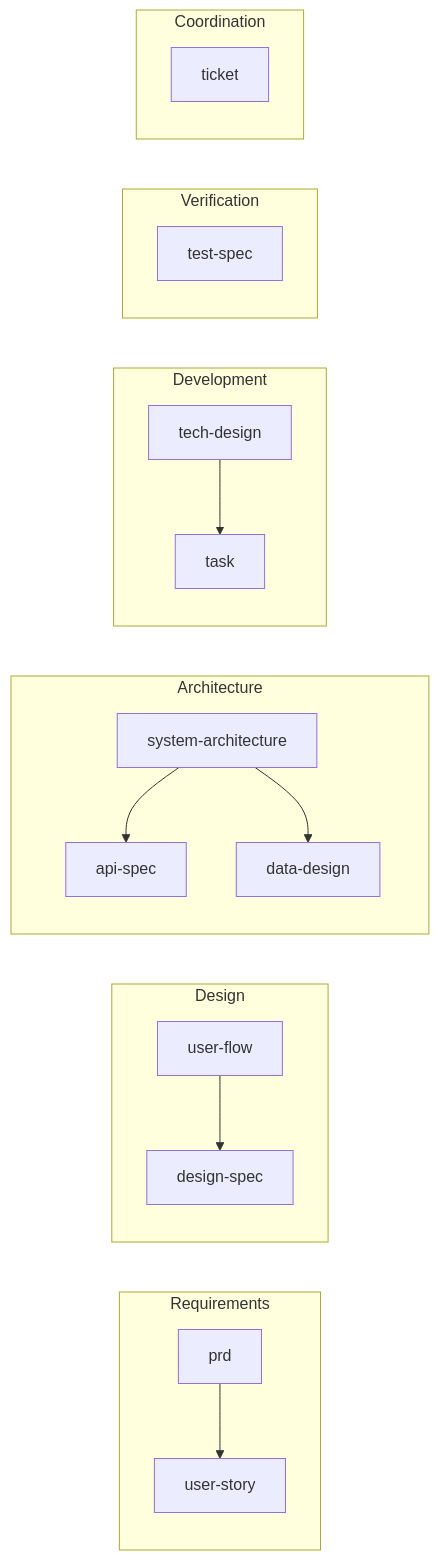
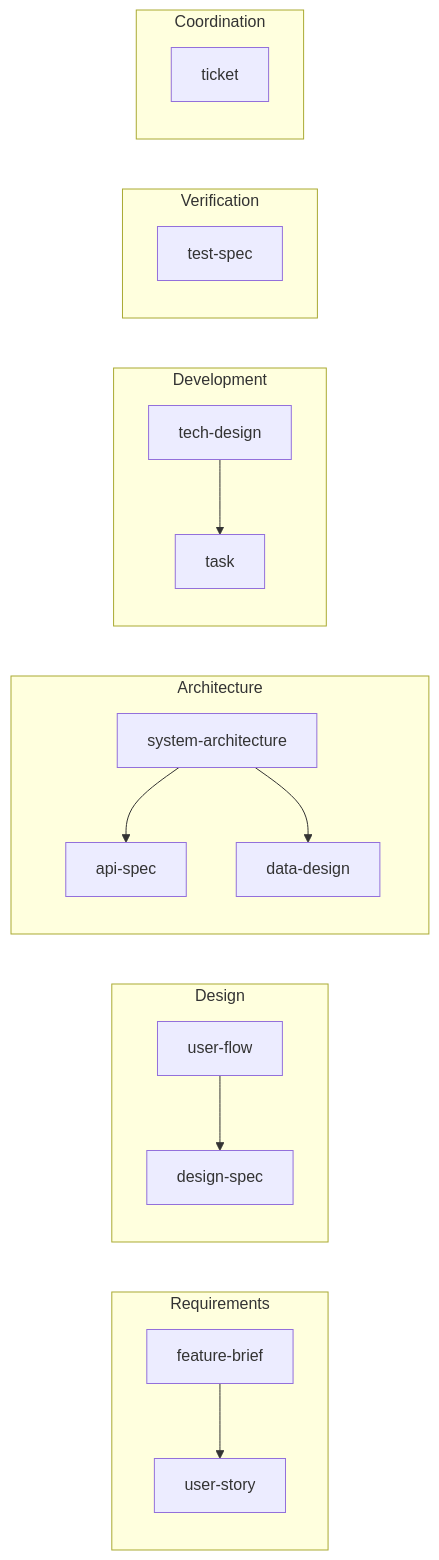
One commit to clitetailor/artifact-driven-development changed the second of 2 diagrams in reference/artifact-dep-graph.md. Above: the diagram before and after it, drawn with Mermaid. The commit also changed other lines of this file and 38 other files, not shown here.

First line of the commit message:
Rename prd artifact type to feature-brief and drop charter concept

````diff
--- a/reference/artifact-dep-graph.md
+++ b/reference/artifact-dep-graph.md
@@ -42,22 +42,22 @@
 ```mermaid
 graph LR
     subgraph REQ[Requirements]
-        PRD[prd] --> STORY[user-story]
+        FB[feature-brief] --> STORY[user-story]
     end
     subgraph DES[Design]
         UF[user-flow] --> DS[design-spec]
     end
     subgraph ARC[Architecture]
         SA[system-architecture] --> API[api-spec]
         SA --> DD[data-design]
     end
     subgraph DEV[Development]
         TD[tech-design] --> TASK[task]
     end
     subgraph VER[Verification]
         TS[test-spec]
     end
     subgraph COORD[Coordination]
         TICKET[ticket]
     end
 ```
````
